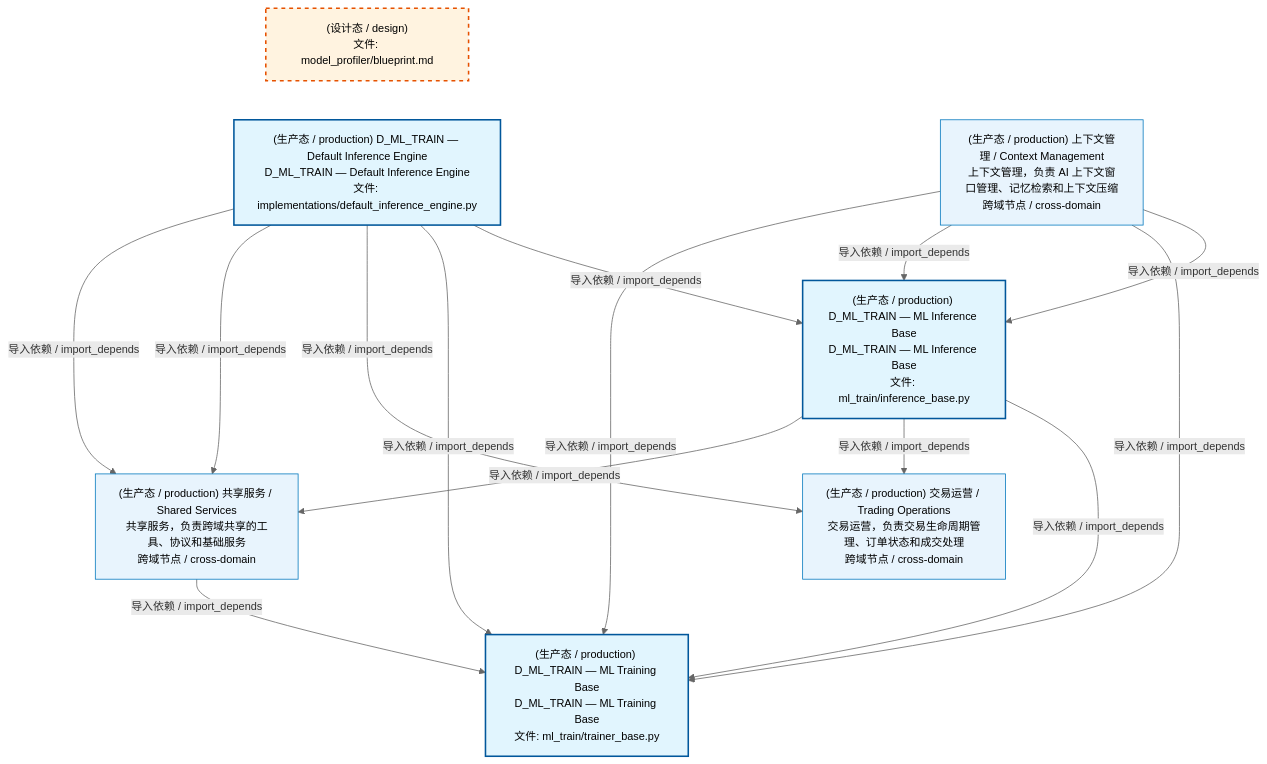
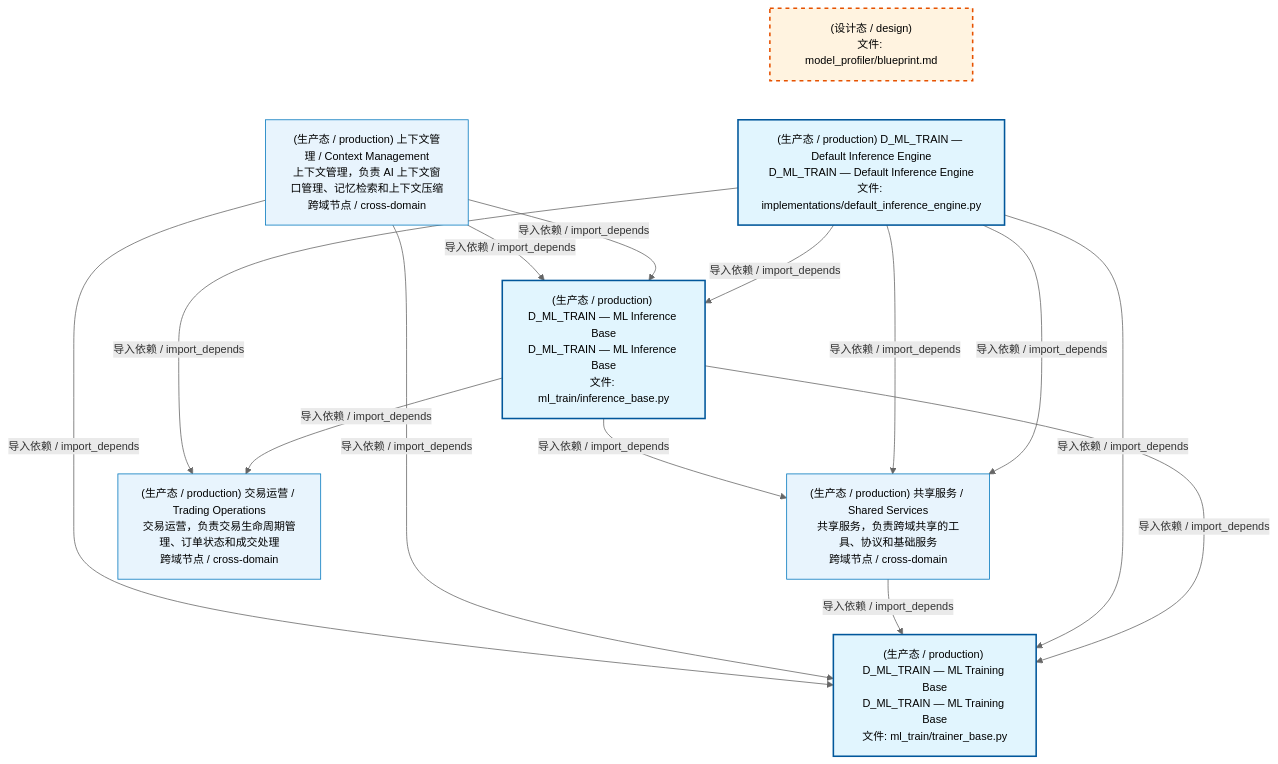
One commit to xuanFelixVan/ZephyrAlpha changed the first of 4 diagrams in docs/02_enterprise_architecture/02_domain_architecture_docs/61_d_ml_train.md. Above: the diagram before and after it, drawn with Mermaid. The commit also changed other lines of this file and 87 other files, not shown here.

````diff
--- a/docs/02_enterprise_architecture/02_domain_architecture_docs/61_d_ml_train.md
+++ b/docs/02_enterprise_architecture/02_domain_architecture_docs/61_d_ml_train.md
@@ -53,32 +53,32 @@
 ```mermaid
 %%{init: {'theme': 'base', 'themeVariables': {'primaryColor': '#eaeaea', 'primaryTextColor': '#333333', 'primaryBorderColor': '#666666', 'lineColor': '#666666', 'secondaryColor': '#eaeaea', 'tertiaryColor': '#eaeaea', 'fontSize': '14px'}}}%%
 flowchart TD
     docs_03_modules_cross_layer_model_profiler_blueprint_md["(设计态 / design)<br/>文件: model_profiler/blueprint.md"]
     src_zephyr_ml_train_implementations_default_inference_engine_py["(生产态 / production) D_ML_TRAIN — Default Inference Engine<br/>D_ML_TRAIN — Default Inference Engine<br/>文件: implementations/default_inference_engine.py"]
     docs_03_modules_cross_layer_model_profiler_blueprint_md ~~~ src_zephyr_ml_train_implementations_default_inference_engine_py
     src_zephyr_ml_train_inference_base_py["(生产态 / production) D_ML_TRAIN — ML Inference Base<br/>D_ML_TRAIN — ML Inference Base<br/>文件: ml_train/inference_base.py"]
     src_zephyr_ml_train_trainer_base_py["(生产态 / production) D_ML_TRAIN — ML Training Base<br/>D_ML_TRAIN — ML Training Base<br/>文件: ml_train/trainer_base.py"]
     src_zephyr_ml_train_inference_base_py -->|导入依赖 / import_depends| src_zephyr_ml_train_trainer_base_py
+    src_zephyr_ml_train_implementations_default_inference_engine_py -->|导入依赖 / import_depends| src_zephyr_ml_train_trainer_base_py
     src_zephyr_ml_train_implementations_default_inference_engine_py -->|导入依赖 / import_depends| src_zephyr_ml_train_inference_base_py
-    src_zephyr_ml_train_implementations_default_inference_engine_py -->|导入依赖 / import_depends| src_zephyr_ml_train_trainer_base_py
+    D_SHARED["(生产态 / production) 共享服务 / Shared Services<br/>共享服务，负责跨域共享的工具、协议和基础服务<br/>跨域节点 / cross-domain"]
+    src_zephyr_ml_train_implementations_default_inference_engine_py -->|导入依赖 / import_depends| D_SHARED
+    src_zephyr_ml_train_implementations_default_inference_engine_py -->|导入依赖 / import_depends| D_SHARED
     D_TRADING["(生产态 / production) 交易运营 / Trading Operations<br/>交易运营，负责交易生命周期管理、订单状态和成交处理<br/>跨域节点 / cross-domain"]
     src_zephyr_ml_train_inference_base_py -->|导入依赖 / import_depends| D_TRADING
     src_zephyr_ml_train_implementations_default_inference_engine_py -->|导入依赖 / import_depends| D_TRADING
-    D_SHARED["(生产态 / production) 共享服务 / Shared Services<br/>共享服务，负责跨域共享的工具、协议和基础服务<br/>跨域节点 / cross-domain"]
     src_zephyr_ml_train_inference_base_py -->|导入依赖 / import_depends| D_SHARED
-    src_zephyr_ml_train_implementations_default_inference_engine_py -->|导入依赖 / import_depends| D_SHARED
-    src_zephyr_ml_train_implementations_default_inference_engine_py -->|导入依赖 / import_depends| D_SHARED
+    D_SHARED -->|导入依赖 / import_depends| src_zephyr_ml_train_trainer_base_py
     D_INTELLIGENCE["(生产态 / production) 上下文管理 / Context Management<br/>上下文管理，负责 AI 上下文窗口管理、记忆检索和上下文压缩<br/>跨域节点 / cross-domain"]
     D_INTELLIGENCE -->|导入依赖 / import_depends| src_zephyr_ml_train_inference_base_py
     D_INTELLIGENCE -->|导入依赖 / import_depends| src_zephyr_ml_train_trainer_base_py
-    D_SHARED -->|导入依赖 / import_depends| src_zephyr_ml_train_trainer_base_py
     D_INTELLIGENCE -->|导入依赖 / import_depends| src_zephyr_ml_train_inference_base_py
     D_INTELLIGENCE -->|导入依赖 / import_depends| src_zephyr_ml_train_trainer_base_py
     classDef production fill:#e1f5fe,stroke:#01579b,stroke-width:2px,color:#000
     classDef design fill:#fff3e0,stroke:#e65100,stroke-width:2px,color:#000,stroke-dasharray: 5 5
     classDef external_prod fill:#e8f4fd,stroke:#0277bd,stroke-width:1px,color:#000
     classDef external_design fill:#fff8e7,stroke:#ef6c00,stroke-width:1px,color:#000,stroke-dasharray: 5 5
     class src_zephyr_ml_train_implementations_default_inference_engine_py,src_zephyr_ml_train_inference_base_py,src_zephyr_ml_train_trainer_base_py production
     class docs_03_modules_cross_layer_model_profiler_blueprint_md design
-    class D_TRADING,D_SHARED,D_INTELLIGENCE external_prod
+    class D_SHARED,D_TRADING,D_INTELLIGENCE external_prod
 ```
````
